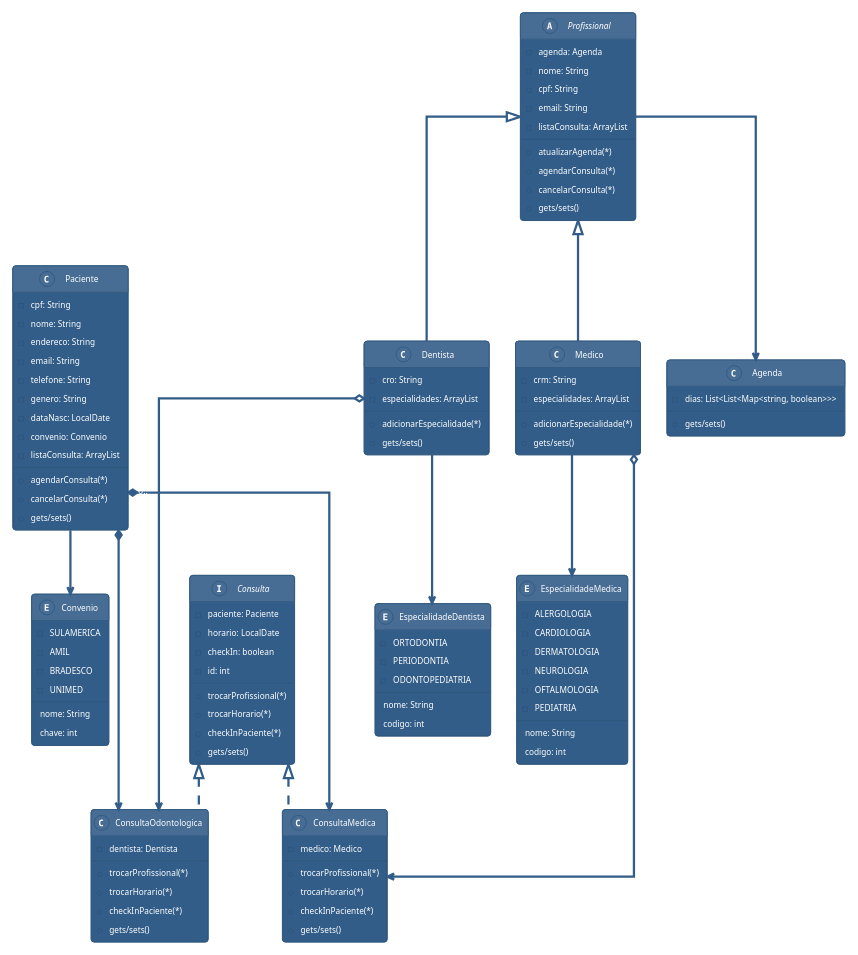
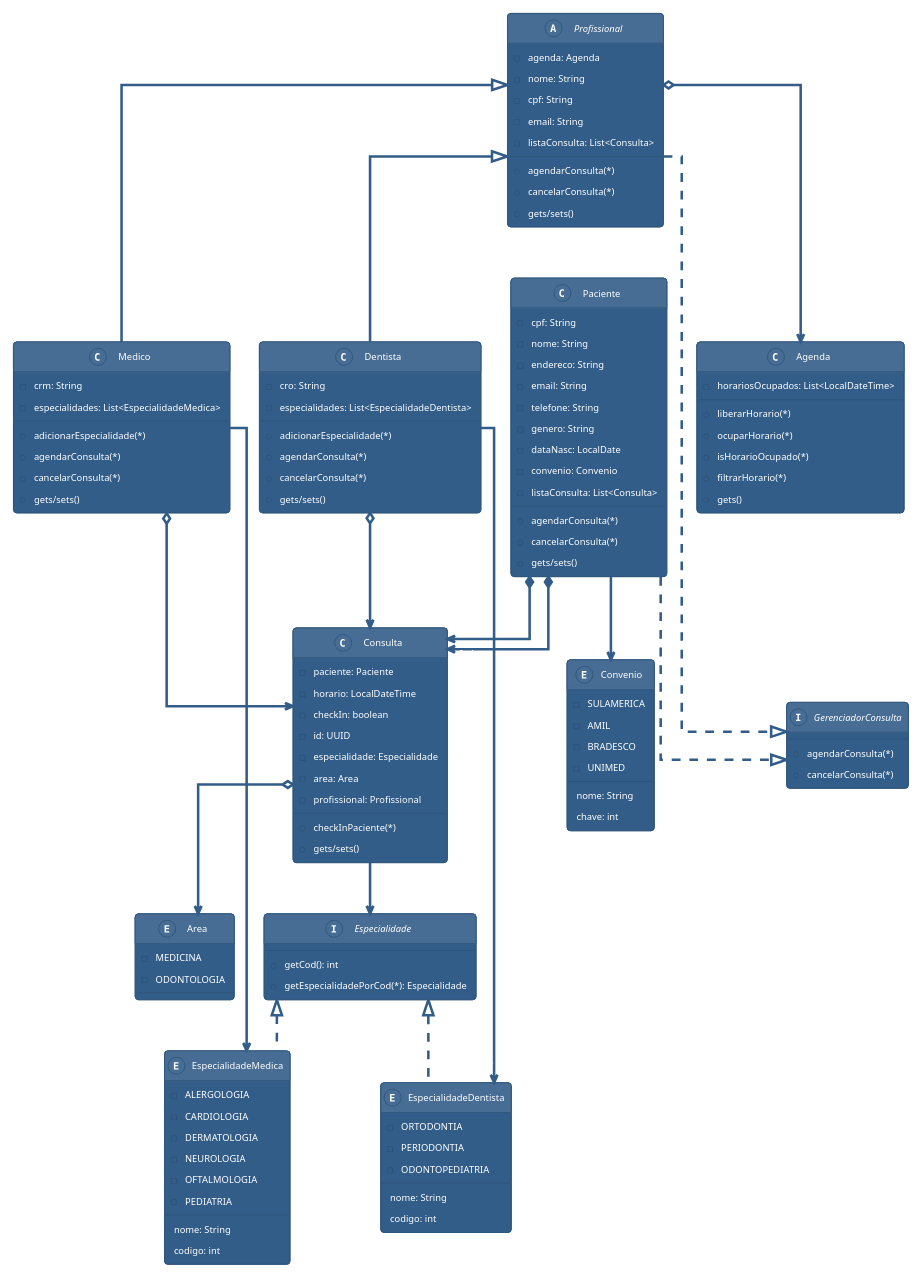
The diagram in README.md (DudaElias/wiseclinic-backend), drawn with PlantUML before and after one commit. The commit also changed other lines of this file and 2 other files, not shown here.

Commit message:
feat: atualizar readme (#25)

````diff
--- a/README.md
+++ b/README.md
@@ -6,6 +12,6 @@
 ```plantuml
 @startuml
-    scale 650 width
+    scale 700 width
     skinparam linetype ortho
     !theme sandstone
 
@@ -17,36 +23,21 @@
         - telefone: String
         - genero: String
         - dataNasc: LocalDate
-        - {field} convenio: Convenio
-        - listaConsulta: ArrayList
+        - convenio: Convenio
+        - listaConsulta: List<Consulta>
         + agendarConsulta(*)
         + cancelarConsulta(*)
         + gets/sets()
     }
 
-    interface Consulta{
+    class Consulta{
         -paciente: Paciente
-        -{field}horario: LocalDate
+        -horario: LocalDateTime
         -checkIn: boolean
-        -id: int
-        +trocarProfissional(*)
-        +trocarHorario(*)
-        +checkInPaciente(*)
-        +gets/sets()
-    }
-
-    class ConsultaMedica{
-        -medico: Medico
-        +trocarProfissional(*)
-        +trocarHorario(*)
-        +checkInPaciente(*)
-        +gets/sets()
-    }
-
-    class ConsultaOdontologica{
-        -dentista: Dentista
-        +trocarProfissional(*)
-        +trocarHorario(*)
+        -id: UUID
+        -especialidade: Especialidade
+        -area: Area
+        -profissional: Profissional
         +checkInPaciente(*)
         +gets/sets()
     }
@@ -56,8 +47,7 @@
         -nome: String
         -cpf: String
         -email: String
-        -listaConsulta: ArrayList
-        +atualizarAgenda(*)
+        -listaConsulta: List<Consulta>
         +agendarConsulta(*)
         +cancelarConsulta(*)
         +gets/sets()
@@ -65,21 +55,40 @@
 
     class Dentista{
         -cro: String
-        -especialidades: ArrayList
+        -especialidades: List<EspecialidadeDentista>
         +adicionarEspecialidade(*)
+        +agendarConsulta(*)
+        +cancelarConsulta(*)
         +gets/sets()
     }
 
     class Medico{
         -crm: String
-        -especialidades: ArrayList
+        -especialidades: List<EspecialidadeMedica>
         +adicionarEspecialidade(*)
+        +agendarConsulta(*)
+        +cancelarConsulta(*)
         +gets/sets()
     }
 
     class Agenda{
-        -{field} dias: List<List<Map<string, boolean>>>
-        +gets/sets()
+        -horariosOcupados: List<LocalDateTime>
+        +liberarHorario(*)
+        +ocuparHorario(*)
+        +isHorarioOcupado(*)
+        +filtrarHorario(*)
+        +gets()
+        
+    }
+
+    enum Area {
+        -MEDICINA
+        -ODONTOLOGIA
+    }
+
+    interface GerenciadorConsulta{
+        + agendarConsulta(*)
+        + cancelarConsulta(*)
     }
 
     enum Convenio{
@@ -90,6 +99,11 @@
         __
         nome: String
         chave: int
+    }
+
+    interface Especialidade {
+        +getCod(): int
+        +getEspecialidadePorCod(*): Especialidade
     }
 
     enum EspecialidadeMedica{
@@ -113,25 +127,32 @@
         codigo: int
     }
 
+
+
+
     Profissional <|-- Medico
     Profissional <|-- Dentista
 
-    Consulta <|.. ConsultaOdontologica
-    Consulta <|.. ConsultaMedica
+    Especialidade <|.. EspecialidadeMedica
+    Especialidade <|.. EspecialidadeDentista
 
-    Paciente --> "0..1 " Convenio
-    Paciente "0..* " *-->  ConsultaMedica
-    Paciente *---> "0..* " ConsultaOdontologica
+    Profissional ..|> GerenciadorConsulta
+    Paciente ..|> GerenciadorConsulta
 
-    Medico o---> "0..*  " ConsultaMedica
-    Dentista o--> " 0..*" ConsultaOdontologica
+    Paciente --> "0..1" Convenio
+    Paciente *--> "0..*"  Consulta
+    Paciente *--> "0..* " Consulta
+
+    Medico o--> "0..* " Consulta
+    Dentista o--> "0..*" Consulta
 
     Medico --> "1..*" EspecialidadeMedica
-    Dentista --> "1..*   " EspecialidadeDentista
+    Dentista --> "1..*" EspecialidadeDentista
 
-    
-    Profissional --> "1 " Agenda
+    Consulta --> Especialidade
 
-}
+    Consulta o--> "1" Area
+    Profissional o--> "1" Agenda
+
 @enduml
 ```
````
